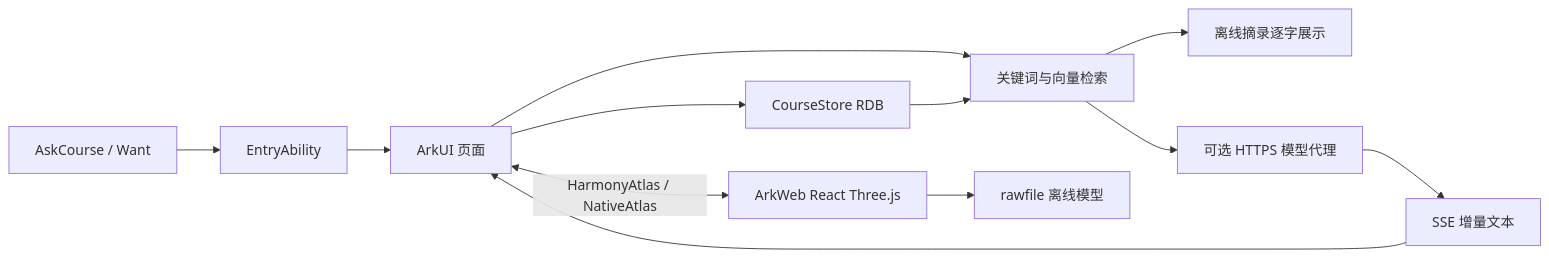
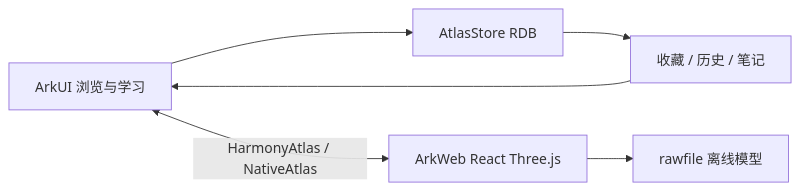
One commit to Sylphiette666/3124001415-Harmony_Next changed the diagram in apps/AnatomyCourse/doc/DESIGN.md. Above: the diagram before and after it, drawn with Mermaid. The commit also changed other lines of this file and 53 other files, not shown here.

````diff
--- a/apps/AnatomyCourse/doc/DESIGN.md
+++ b/apps/AnatomyCourse/doc/DESIGN.md
@@ -7,14 +9,8 @@
 ```mermaid
 flowchart LR
-  UI[ArkUI 页面] --> Store[CourseStore RDB]
-  UI --> Retrieve[关键词与向量检索]
-  Store --> Retrieve
-  Retrieve --> Local[离线摘录逐字展示]
-  Retrieve --> Proxy[可选 HTTPS 模型代理]
-  Proxy --> SSE[SSE 增量文本]
-  SSE --> UI
+  UI[ArkUI 浏览与学习] --> Store[AtlasStore RDB]
   UI <-->|HarmonyAtlas / NativeAtlas| Web[ArkWeb React Three.js]
   Web --> Assets[rawfile 离线模型]
-  Intent[AskCourse / Want] --> Entry[EntryAbility]
-  Entry --> UI
+  Store --> Study[收藏 / 历史 / 笔记]
+  Study --> UI
 ```
````
